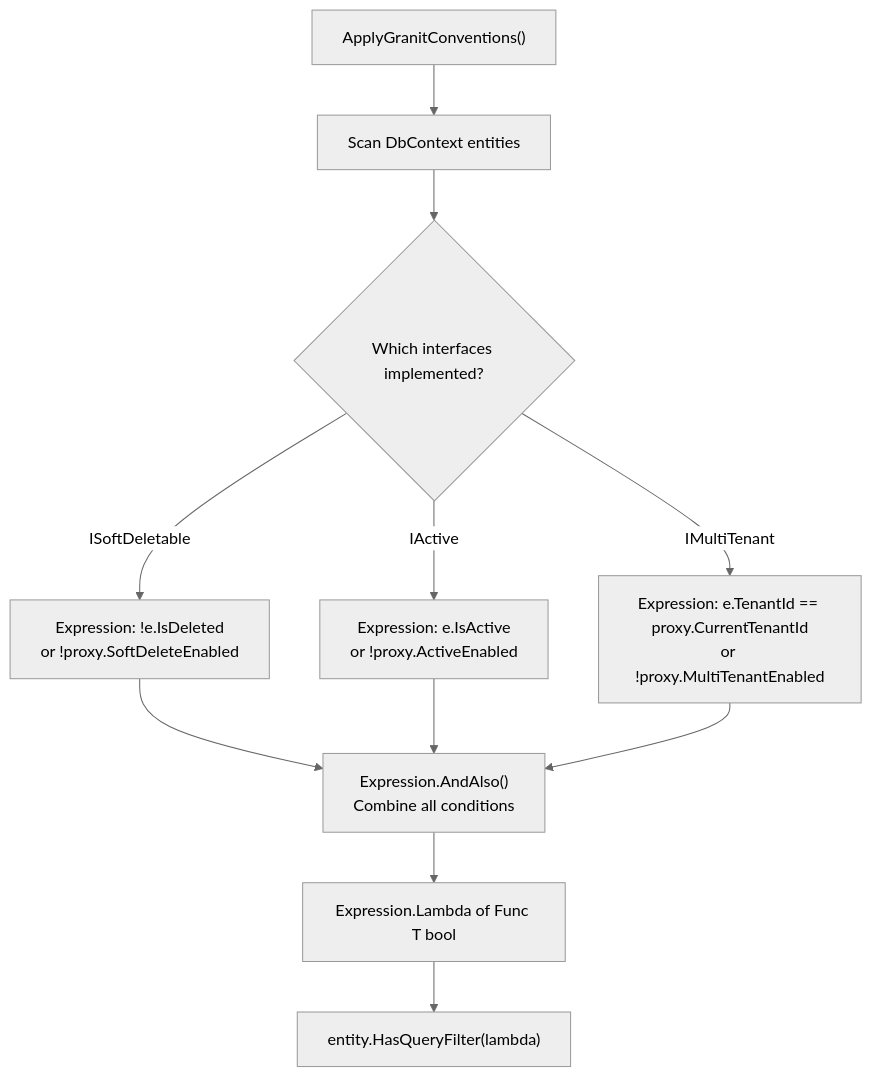
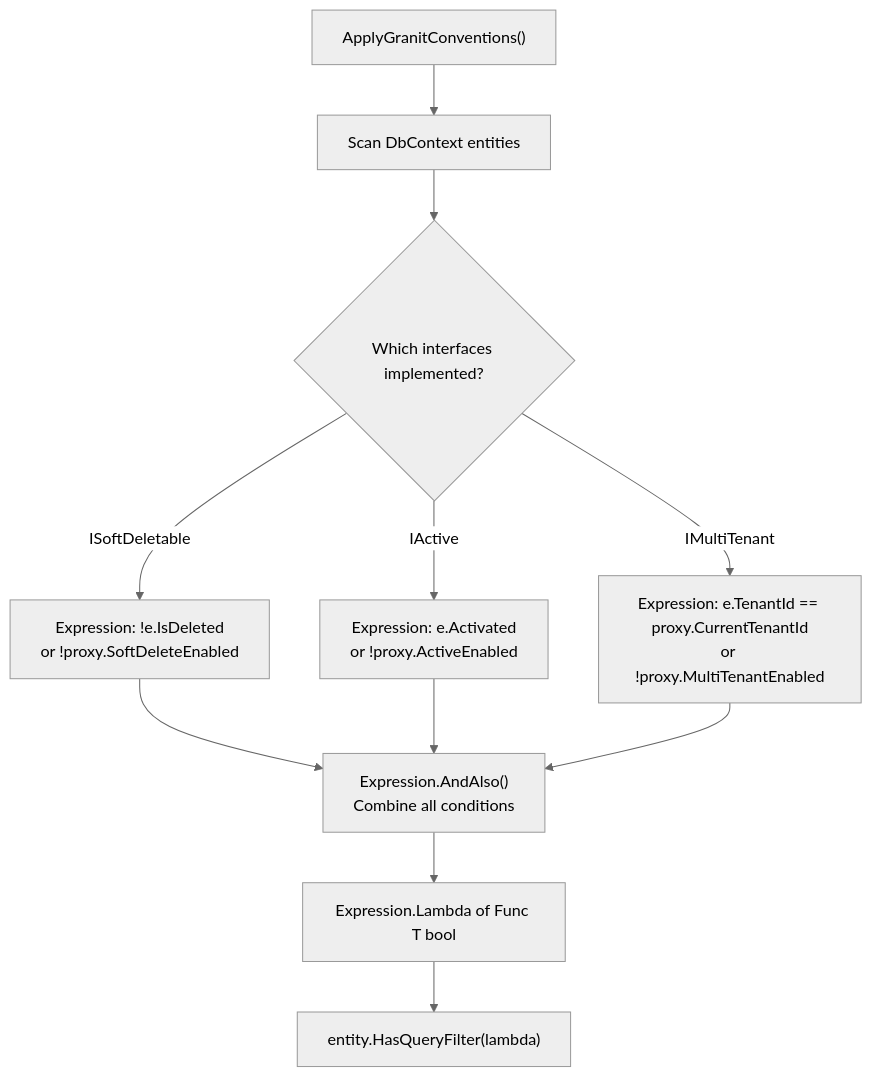
Before and after one commit to granit-fx/granit-dotnet: the diagram in docs-site/src/content/docs/dotnet/architecture/patterns/expression-trees.md, drawn with Mermaid (neutral theme). The commit also changed 33 other files, not shown here.

First line of the commit message:
refactor: propagate IActive.Activated rename to docs and test fixtures

````diff
--- a/docs-site/src/content/docs/dotnet/architecture/patterns/expression-trees.md
+++ b/docs-site/src/content/docs/dotnet/architecture/patterns/expression-trees.md
@@ -21,16 +21,16 @@
 ```mermaid
 flowchart TD
     AGC["ApplyGranitConventions()"] --> SCAN[Scan DbContext entities]
     SCAN --> CHECK{Which interfaces implemented?}
 
     CHECK -->|ISoftDeletable| E1["Expression: !e.IsDeleted<br/>or !proxy.SoftDeleteEnabled"]
-    CHECK -->|IActive| E2["Expression: e.IsActive<br/>or !proxy.ActiveEnabled"]
+    CHECK -->|IActive| E2["Expression: e.Activated<br/>or !proxy.ActiveEnabled"]
     CHECK -->|IMultiTenant| E3["Expression: e.TenantId == proxy.CurrentTenantId<br/>or !proxy.MultiTenantEnabled"]
 
     E1 --> COMBINE["Expression.AndAlso()<br/>Combine all conditions"]
     E2 --> COMBINE
     E3 --> COMBINE
 
     COMBINE --> LAMBDA["Expression.Lambda of Func T bool"]
     LAMBDA --> HQF["entity.HasQueryFilter(lambda)"]
 ```
````
